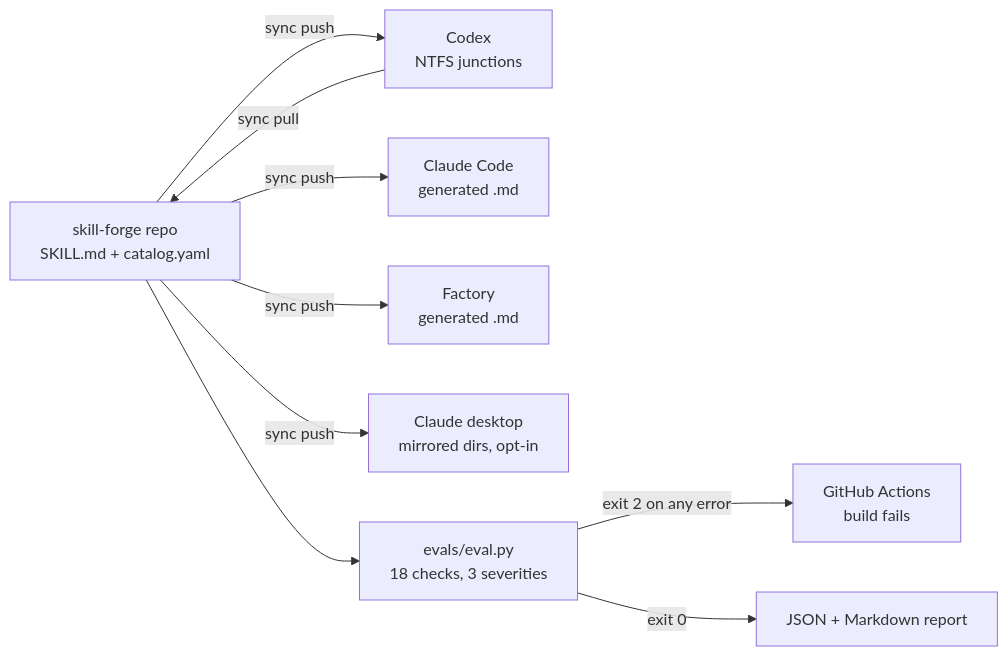
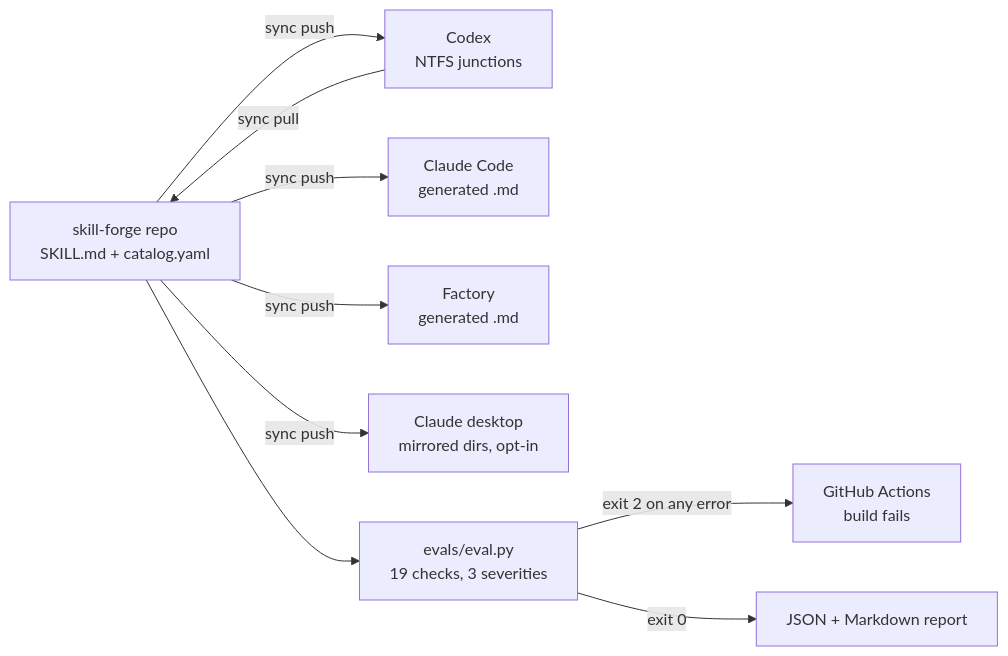
The diagram in README.md (VJDiPaola/skill-forge), drawn with Mermaid before and after one commit. The commit also changed 1 other file, not shown here.

Commit message:
Correct check count documentation

````diff
--- a/README.md
+++ b/README.md
@@ -27,12 +27,12 @@
 ```mermaid
 flowchart LR
     A[skill-forge repo<br/>SKILL.md + catalog.yaml] -->|sync push| B[Codex<br/>NTFS junctions]
     A -->|sync push| C[Claude Code<br/>generated .md]
     A -->|sync push| D[Factory<br/>generated .md]
     A -->|sync push| E[Claude desktop<br/>mirrored dirs, opt-in]
     B -->|sync pull| A
 
-    A --> F[evals/eval.py<br/>18 checks, 3 severities]
+    A --> F[evals/eval.py<br/>19 checks, 3 severities]
     F -->|exit 2 on any error| G[GitHub Actions<br/>build fails]
     F -->|exit 0| H[JSON + Markdown report]
 ```
````
